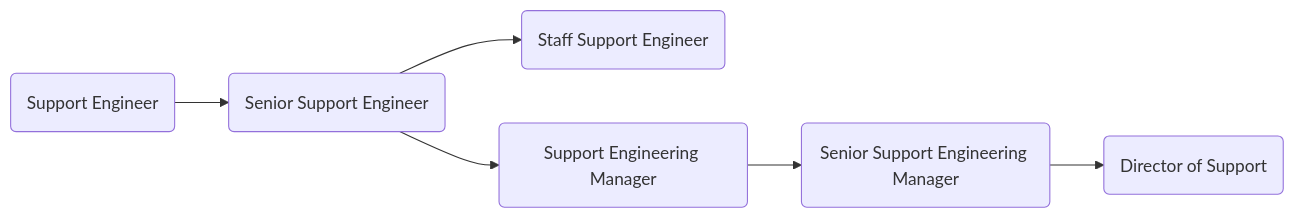
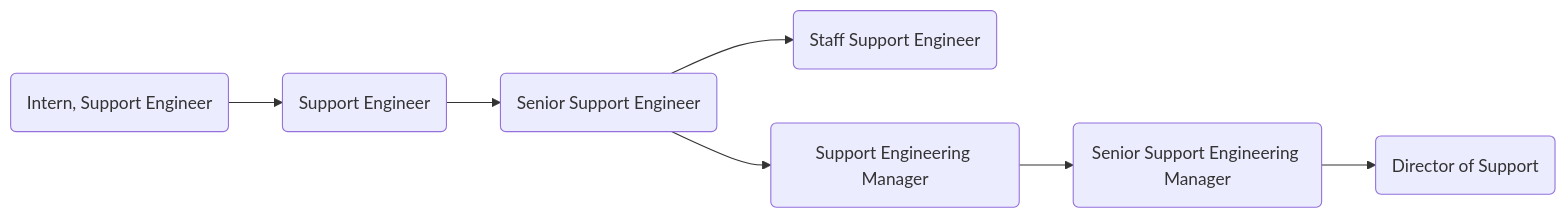
Before and after one commit to secretstartups/handbook: the fourth of 6 diagrams in career-development/index.html.md, drawn with Mermaid. The commit also changed other lines of this file, not shown here.

Commit message:
Deprecating the Junior level in favour of the "Intern" level in Engineering

````diff
--- a/career-development/index.html.md
+++ b/career-development/index.html.md
@@ -220,17 +223,18 @@
 ```mermaid
-  graph LR;
+    graph LR;
+  supe:si(Intern, Support Engineer)-->supe:se(Support Engineer);
   supe:se(Support Engineer)-->supe:sse(Senior Support Engineer);
 
   supe:sse(Senior Support Engineer)-->supe:stse(Staff Support Engineer);
   supe:sse(Senior Support Engineer)-->supe:sem(Support Engineering Manager);
 
   supe:sem(Support Engineering Manager)-->supe:ssem(Senior Support Engineering Manager);
   supe:ssem(Senior Support Engineering Manager)-->supe:ds(Director of Support);
 
   click supe:se "/job-families/engineering/support-engineer#support-engineer";
   click supe:sse "/job-families/engineering/support-engineer#senior-support-engineer";
   click supe:sem "/job-families/engineering/support-management#support-engineering-manager";
   click supe:stse "/job-families/engineering/support-engineer#staff-support-engineer";
   click supe:ssem "/job-families/engineering/support-management/index.html.md#senior-support-engineering-manager"
   click supe:ds "/job-families/engineering/support-management#director-of-support";
 ```
````
